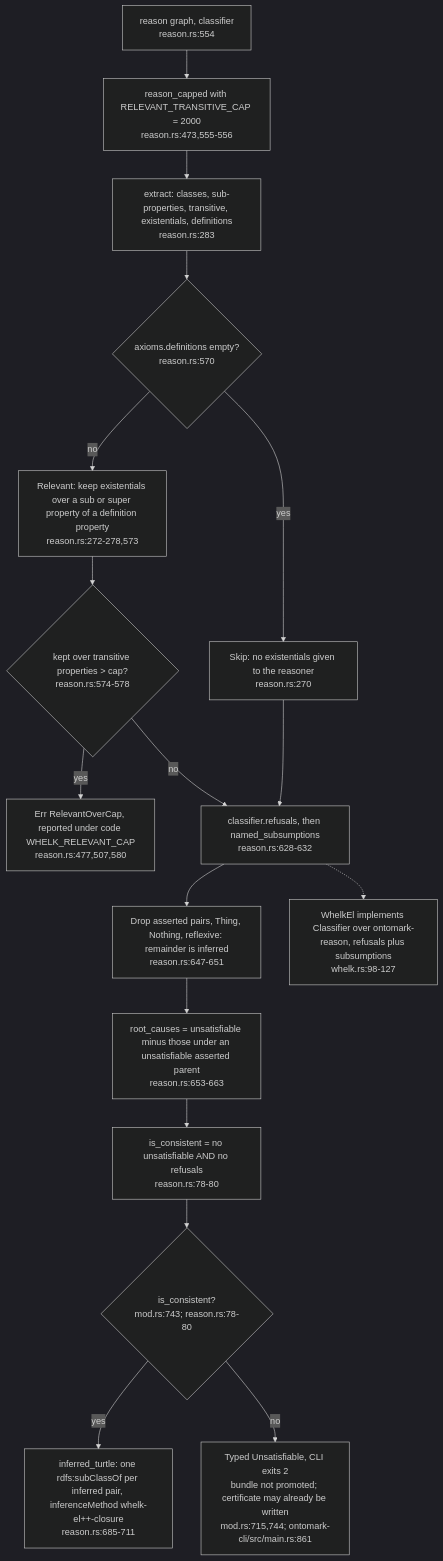
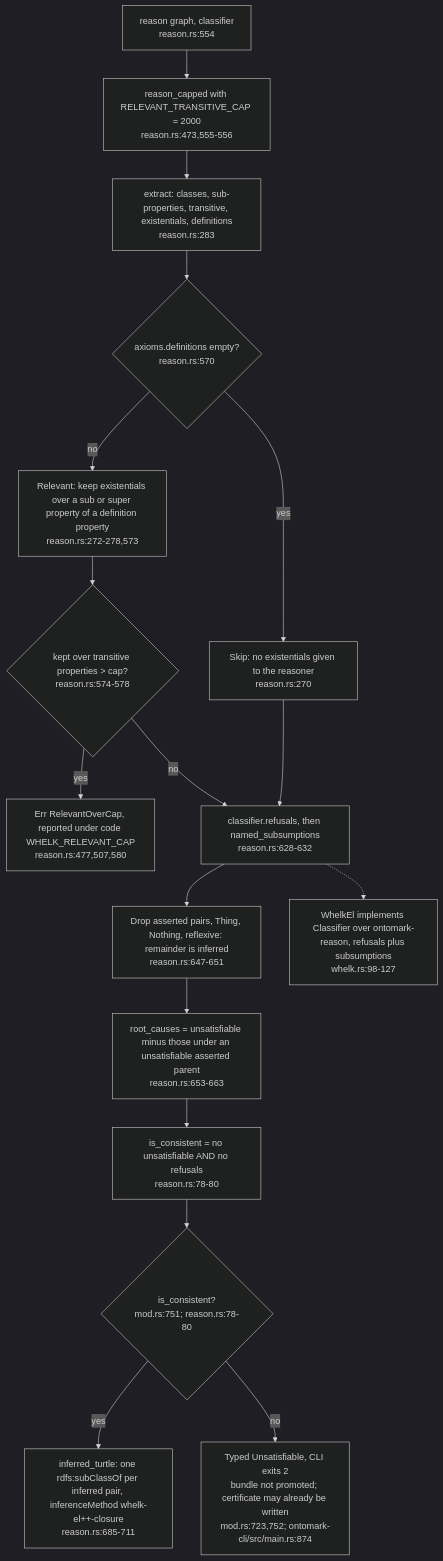
The third of 7 diagrams in docs/diagrams/ontomark/04-emitters-turtle-indexes-tiers-and-contract-c3.md (DreamLab-AI/VisionFlow), drawn with Mermaid (dark theme) before and after one commit. The commit also changed other lines of this file and 91 other files, not shown here.

````diff
--- a/docs/diagrams/ontomark/04-emitters-turtle-indexes-tiers-and-contract-c3.md
+++ b/docs/diagrams/ontomark/04-emitters-turtle-indexes-tiers-and-contract-c3.md
@@ -107,29 +107,29 @@
 ```mermaid
 flowchart TD
     ENTRY["reason graph, classifier<br/>reason.rs:554"]
     CAPD["reason_capped with RELEVANT_TRANSITIVE_CAP = 2000<br/>reason.rs:473,555-556"]
     EXTR["extract: classes, sub-properties, transitive, existentials, definitions<br/>reason.rs:283"]
     NODEF{"axioms.definitions empty?<br/>reason.rs:570"}
     SKIP["Skip: no existentials given to the reasoner<br/>reason.rs:270"]
     KEEP["Relevant: keep existentials over a sub or super property of a definition property<br/>reason.rs:272-278,573"]
     OVER{"kept over transitive properties > cap?<br/>reason.rs:574-578"}
     ERR["Err RelevantOverCap, reported under code WHELK_RELEVANT_CAP<br/>reason.rs:477,507,580"]
     CLASSIFY["classifier.refusals, then named_subsumptions<br/>reason.rs:628-632"]
     SPLIT["Drop asserted pairs, Thing, Nothing, reflexive: remainder is inferred<br/>reason.rs:647-651"]
     ROOTS["root_causes = unsatisfiable minus those under an unsatisfiable asserted parent<br/>reason.rs:653-663"]
-    GATE{"is_consistent?<br/>mod.rs:743; reason.rs:78-80"}
-    BAD["Typed Unsatisfiable, CLI exits 2<br/>bundle not promoted; certificate may already be written<br/>mod.rs:715,744; ontomark-cli/src/main.rs:861"]
+    GATE{"is_consistent?<br/>mod.rs:751; reason.rs:78-80"}
+    BAD["Typed Unsatisfiable, CLI exits 2<br/>bundle not promoted; certificate may already be written<br/>mod.rs:723,752; ontomark-cli/src/main.rs:874"]
     CONS["is_consistent = no unsatisfiable AND no refusals<br/>reason.rs:78-80"]
     INFTTL["inferred_turtle: one rdfs:subClassOf per inferred pair, inferenceMethod whelk-el++-closure<br/>reason.rs:685-711"]
     WH["WhelkEl implements Classifier over ontomark-reason, refusals plus subsumptions<br/>whelk.rs:98-127"]
     ENTRY --> CAPD --> EXTR --> NODEF
     NODEF -- yes --> SKIP
     NODEF -- no --> KEEP --> OVER
     OVER -- yes --> ERR
     OVER -- no --> CLASSIFY
     SKIP --> CLASSIFY
     CLASSIFY --> SPLIT --> ROOTS --> CONS --> GATE
     GATE -->|yes| INFTTL
     GATE -->|no| BAD
     CLASSIFY -.-> WH
 ```
````
